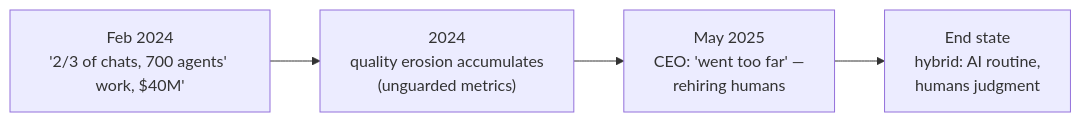
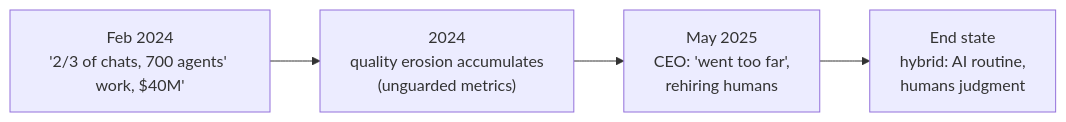
Before and after one commit to sugirdadinakar/AI-for-Product-Managers: the diagram in 06-case-studies/klarna-ai-assistant.md, drawn with Mermaid. The commit also changed other lines of this file and 59 other files, not shown here.

````diff
--- a/06-case-studies/klarna-ai-assistant.md
+++ b/06-case-studies/klarna-ai-assistant.md
@@ -46,6 +46,6 @@
 ```mermaid
 flowchart LR
     A["Feb 2024<br/>'2/3 of chats, 700 agents' work, $40M'"] --> B["2024<br/>quality erosion accumulates<br/>(unguarded metrics)"]
-    B --> C["May 2025<br/>CEO: 'went too far' —<br/>rehiring humans"]
+    B --> C["May 2025<br/>CEO: 'went too far',<br/>rehiring humans"]
     C --> D["End state<br/>hybrid: AI routine,<br/>humans judgment"]
 ```
````
